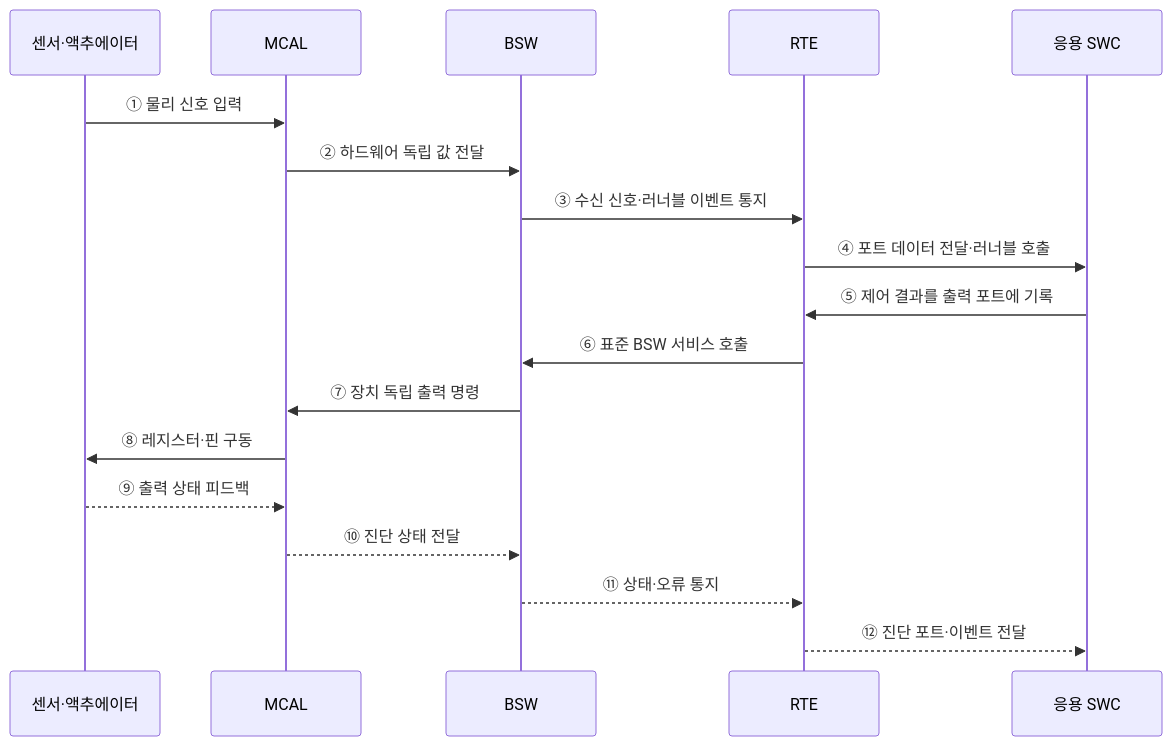
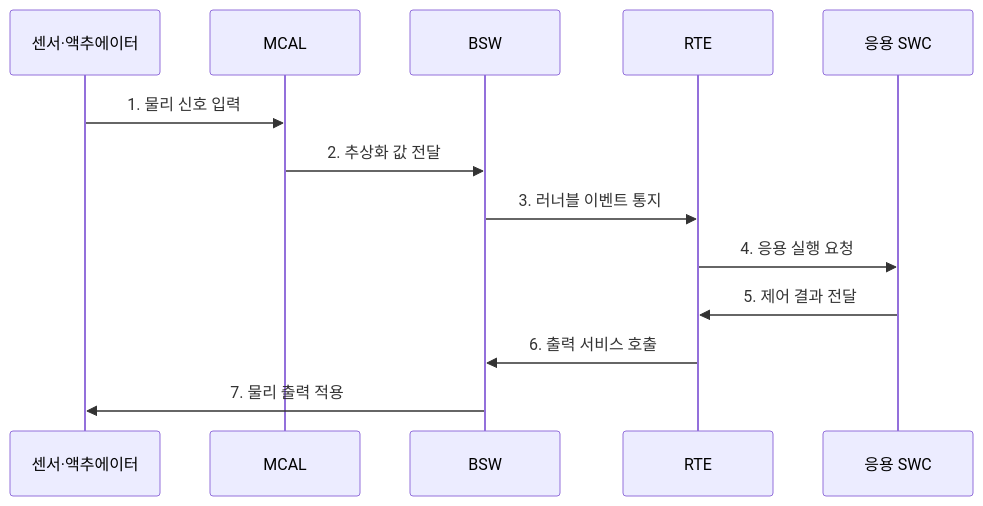
Before and after one commit to agnusdei1207/knowledge-base: the second of 2 diagrams in src/content/docs/notes/02-hardware/067_autosar.md, drawn with Mermaid. The commit also changed other lines of this file and 20 other files, not shown here.

````diff
--- a/src/content/docs/notes/02-hardware/067_autosar.md
+++ b/src/content/docs/notes/02-hardware/067_autosar.md
@@ -89,21 +85,16 @@
 ```mermaid
 sequenceDiagram
     participant D as 센서·액추에이터
     participant M as MCAL
     participant B as BSW
     participant R as RTE
     participant W as 응용 SWC
 
-    D->>M: ① 물리 신호 입력
-    M->>B: ② 하드웨어 독립 값 전달
-    B->>R: ③ 수신 신호·러너블 이벤트 통지
-    R->>W: ④ 포트 데이터 전달·러너블 호출
-    W->>R: ⑤ 제어 결과를 출력 포트에 기록
-    R->>B: ⑥ 표준 BSW 서비스 호출
-    B->>M: ⑦ 장치 독립 출력 명령
-    M->>D: ⑧ 레지스터·핀 구동
-    D-->>M: ⑨ 출력 상태 피드백
-    M-->>B: ⑩ 진단 상태 전달
-    B-->>R: ⑪ 상태·오류 통지
-    R-->>W: ⑫ 진단 포트·이벤트 전달
+    D->>M: 1. 물리 신호 입력
+    M->>B: 2. 추상화 값 전달
+    B->>R: 3. 러너블 이벤트 통지
+    R->>W: 4. 응용 실행 요청
+    W->>R: 5. 제어 결과 전달
+    R->>B: 6. 출력 서비스 호출
+    B->>D: 7. 물리 출력 적용
 ```
````
